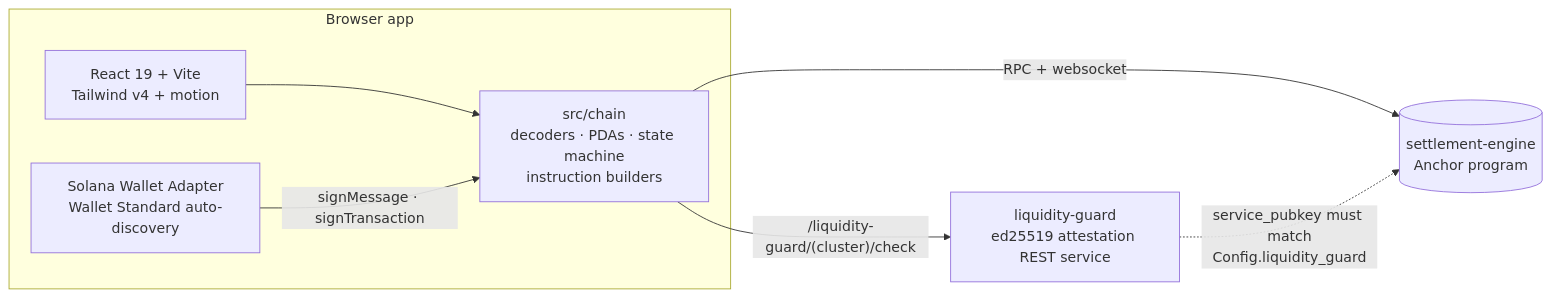
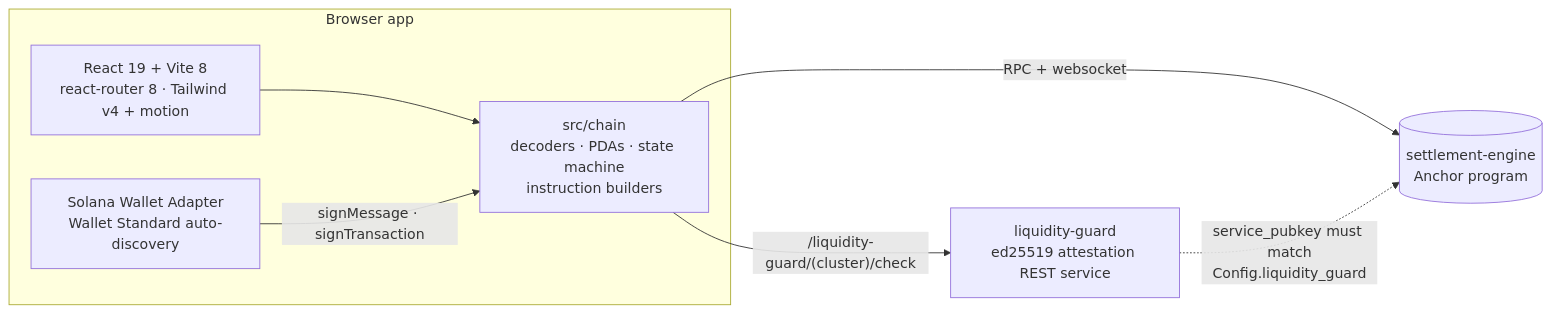
The first of 2 diagrams in README.md (unleaktrade/app), drawn with Mermaid before and after one commit. The commit also changed other lines of this file and 2 other files, not shown here.

````diff
--- a/README.md
+++ b/README.md
@@ -22,16 +24,16 @@
 ```mermaid
 flowchart LR
     subgraph browser [Browser app]
-        UI[React 19 + Vite<br/>Tailwind v4 + motion]
+        UI[React 19 + Vite 8<br/>react-router 8 · Tailwind v4 + motion]
         CHAIN[src/chain<br/>decoders · PDAs · state machine<br/>instruction builders]
         SWA[Solana Wallet Adapter<br/>Wallet Standard auto-discovery]
     end
     ENGINE[(settlement-engine<br/>Anchor program)]
     GUARD[liquidity-guard<br/>ed25519 attestation REST service]
 
     UI --> CHAIN
     CHAIN -->|RPC + websocket| ENGINE
     CHAIN -->|"/liquidity-guard/(cluster)/check"| GUARD
     SWA -->|signMessage · signTransaction| CHAIN
     GUARD -.->|service_pubkey must match<br/>Config.liquidity_guard| ENGINE
 ```
````
